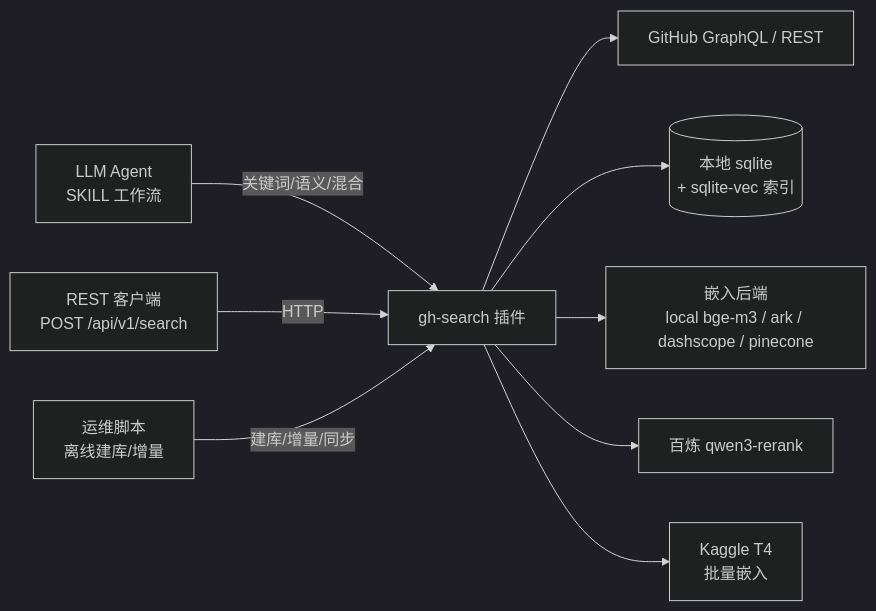
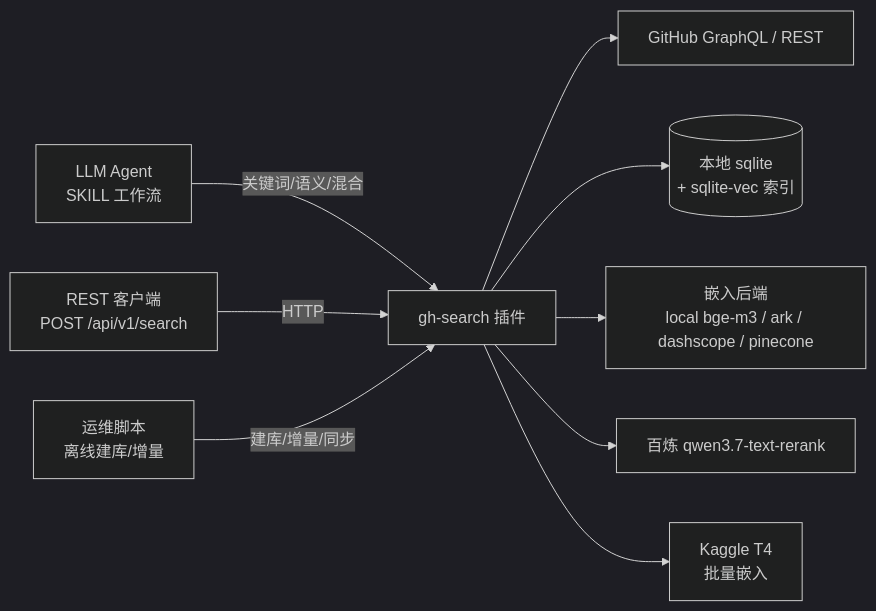
Before and after one commit to YunyunZhai/agent-plugins: the first of 2 diagrams in gh-search/references/architecture.md, drawn with Mermaid (dark theme). The commit also changed other lines of this file and 6 other files, not shown here.

````diff
--- a/gh-search/references/architecture.md
+++ b/gh-search/references/architecture.md
@@ -9,22 +9,22 @@
 ```mermaid
 flowchart LR
     Agent[LLM Agent<br/>SKILL 工作流]
     Client[REST 客户端<br/>POST /api/v1/search]
     Ops[运维脚本<br/>离线建库/增量]
 
     Plugin[gh-search 插件]
     GH[GitHub GraphQL / REST]
     DB[(本地 sqlite<br/>+ sqlite-vec 索引)]
     Embed[嵌入后端<br/>local bge-m3 / ark / dashscope / pinecone]
-    Rerank[百炼 qwen3-rerank]
+    Rerank[百炼 qwen3.7-text-rerank]
     Kaggle[Kaggle T4<br/>批量嵌入]
 
     Agent -->|关键词/语义/混合| Plugin
     Client -->|HTTP| Plugin
     Ops -->|建库/增量/同步| Plugin
     Plugin --> GH
     Plugin --> DB
     Plugin --> Embed
     Plugin --> Rerank
     Plugin --> Kaggle
 ```
````
